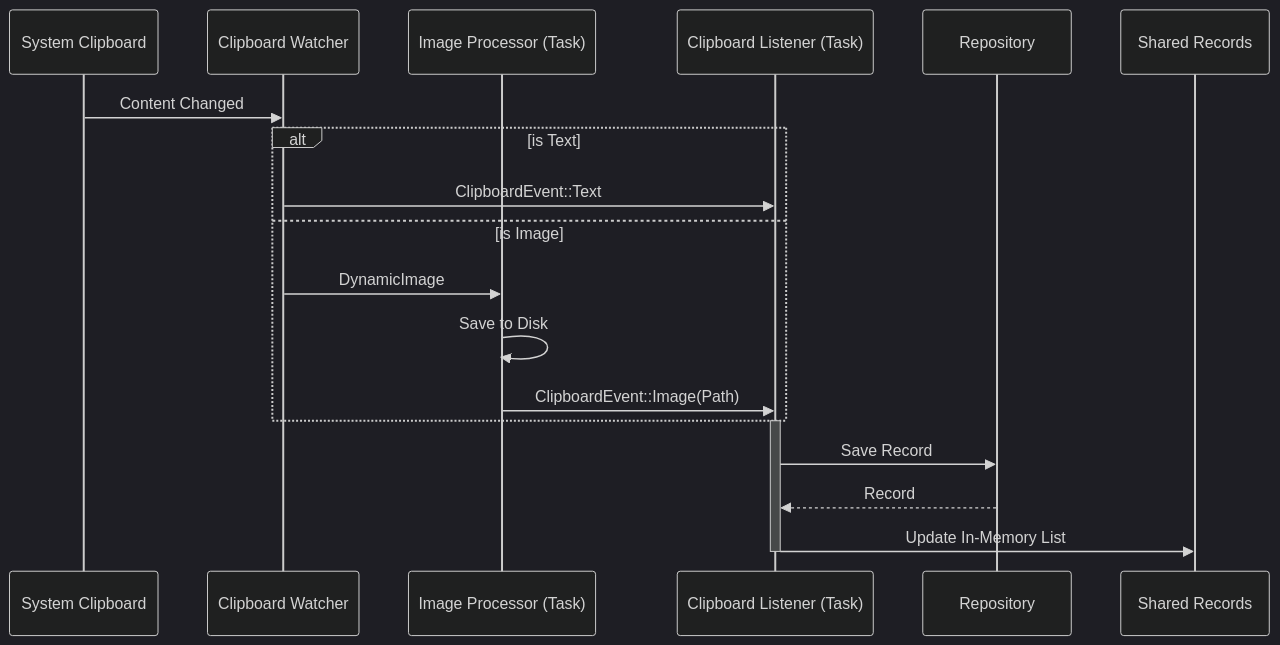
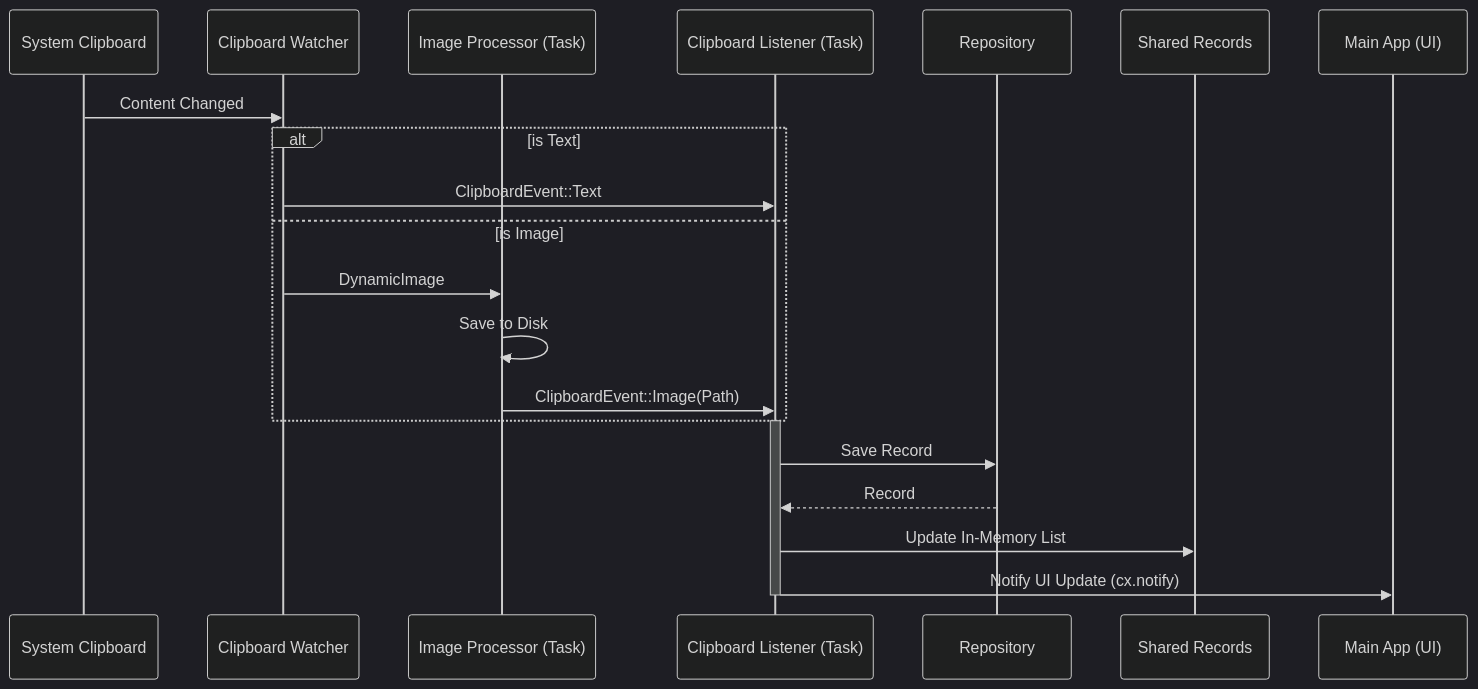
One commit to StudentWeis/ropy changed the second of 2 diagrams in doc/Concurrency Analysis.md. Above: the diagram before and after it, drawn with Mermaid (dark theme). The commit also changed other lines of this file and 1 other file, not shown here.

Commit message:
doc: update doc of clipboard listener to notify UI for refresh after record update

````diff
--- a/doc/Concurrency Analysis.md
+++ b/doc/Concurrency Analysis.md
@@ -96,24 +98,26 @@
 ```mermaid
 sequenceDiagram
     participant Sys as System Clipboard
     participant CW as Clipboard Watcher
     participant IP as Image Processor (Task)
     participant CL as Clipboard Listener (Task)
     participant Repo as Repository
     participant Shared as Shared Records
+    participant Main as Main App (UI)
 
     Sys->>CW: Content Changed
     alt is Text
         CW->>CL: ClipboardEvent::Text
     else is Image
         CW->>IP: DynamicImage
         IP->>IP: Save to Disk
         IP->>CL: ClipboardEvent::Image(Path)
     end
 
     activate CL
     CL->>Repo: Save Record
     Repo-->>CL: Record
     CL->>Shared: Update In-Memory List
+    CL->>Main: Notify UI Update (cx.notify)
     deactivate CL
 ```
````
